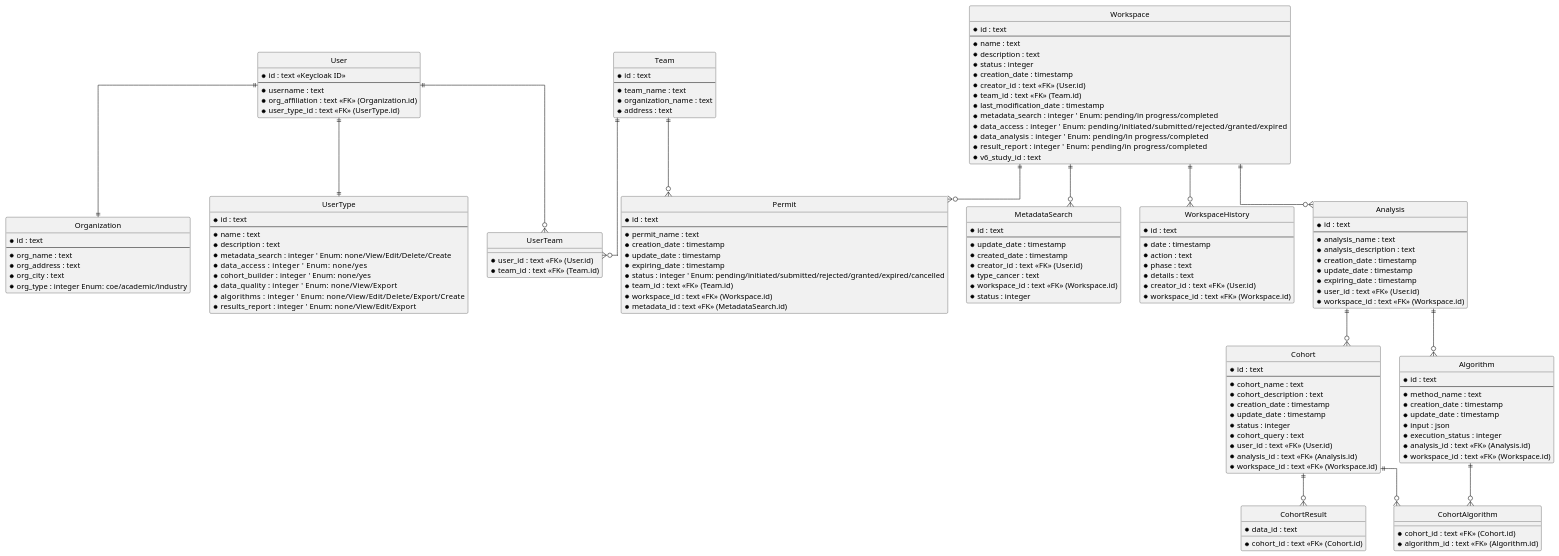
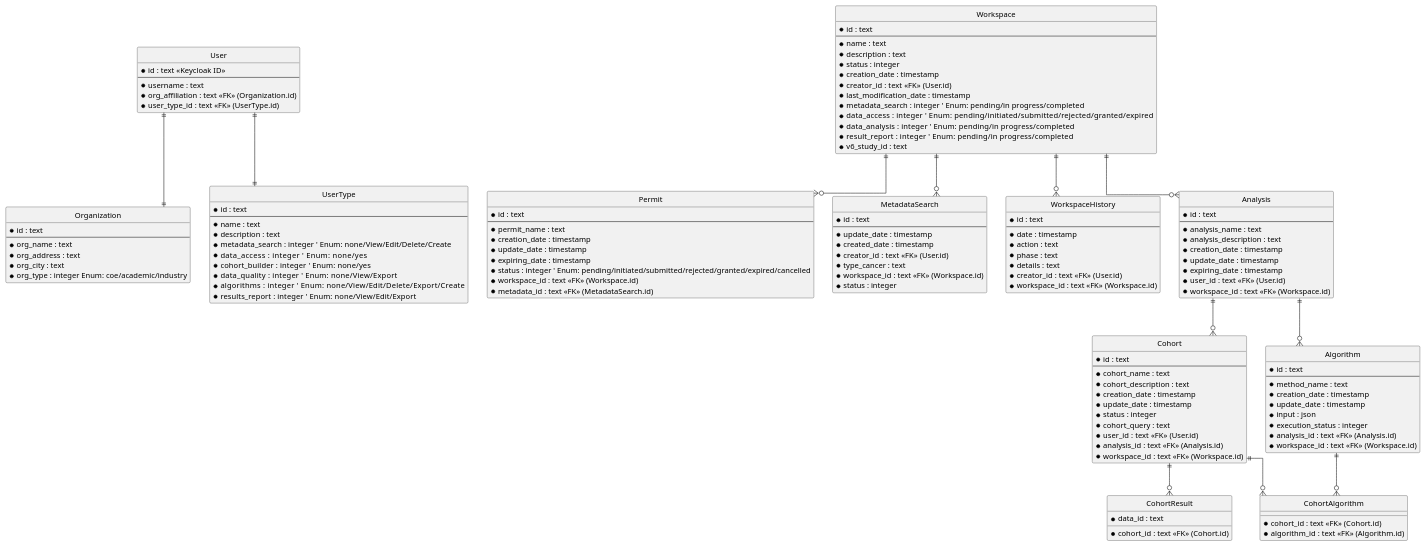
One commit to IDEA4RC/raven-database-model changed the diagram in model.plantuml. Above: the diagram before and after it, drawn with PlantUML. The commit also changed 4 other files, not shown here.

```diff
--- a/model.plantuml
+++ b/model.plantuml
@@ -1,166 +1,148 @@
 @startuml RavenDB
 
 hide circle
 skinparam linetype ortho
 
 ' ---- Entities ----
 entity User {
     * id : text <<Keycloak ID>>
     --
     * username : text
     * org_affiliation : text <<FK>> (Organization.id)
     * user_type_id : text <<FK>> (UserType.id)
-}
-
-entity Team {
-    * id : text
-    --
-    * team_name : text
-    * organization_name : text
-    * address : text
-}
-
-entity UserTeam {
-    * user_id : text <<FK>> (User.id)
-    * team_id : text <<FK>> (Team.id)
 }
 
 entity Organization {
     * id : text
     --
     * org_name : text
     * org_address : text
     * org_city : text
     * org_type : integer Enum: coe/academic/industry
 }
 
 entity UserType {
     * id : text
     --
     * name : text
     * description : text
     * metadata_search : integer  ' Enum: none/View/Edit/Delete/Create
     * data_access : integer      ' Enum: none/yes
     * cohort_builder : integer   ' Enum: none/yes
     * data_quality : integer     ' Enum: none/View/Export
     * algorithms : integer       ' Enum: none/View/Edit/Delete/Export/Create
     * results_report : integer   ' Enum: none/View/Edit/Export
 }
 
 entity Workspace {
     * id : text
     --
     * name : text
     * description : text
     * status : integer
     * creation_date : timestamp
     * creator_id : text <<FK>> (User.id)
-    * team_id : text <<FK>> (Team.id)
     * last_modification_date : timestamp
     * metadata_search : integer  ' Enum: pending/in progress/completed
     * data_access : integer      ' Enum: pending/initiated/submitted/rejected/granted/expired
     * data_analysis : integer    ' Enum: pending/in progress/completed
     * result_report : integer    ' Enum: pending/in progress/completed
     * v6_study_id : text
 }
 
 entity Permit {
     * id : text
     --
     * permit_name : text
     * creation_date : timestamp
     * update_date : timestamp
     * expiring_date : timestamp
     * status : integer ' Enum: pending/initiated/submitted/rejected/granted/expired/cancelled
-    * team_id : text <<FK>> (Team.id)
     * workspace_id : text <<FK>> (Workspace.id)
     * metadata_id : text <<FK>> (MetadataSearch.id)
 }
 
 entity MetadataSearch {
     * id : text
     --
     * update_date : timestamp
     * created_date : timestamp
     * creator_id : text <<FK>> (User.id)
     * type_cancer : text
     * workspace_id : text <<FK>> (Workspace.id)
     * status : integer
 }
 
 entity WorkspaceHistory {
     * id : text
     --
     * date : timestamp
     * action : text
     * phase : text
     * details : text
     * creator_id : text <<FK>> (User.id)
     * workspace_id : text <<FK>> (Workspace.id)
 }
 
 entity Analysis {
     * id : text
     --
     * analysis_name : text
     * analysis_description : text
     * creation_date : timestamp
     * update_date : timestamp
     * expiring_date : timestamp
     * user_id : text <<FK>> (User.id)
     * workspace_id : text <<FK>> (Workspace.id)
 }
 
 entity Cohort {
     * id : text
     --
     * cohort_name : text
     * cohort_description : text
     * creation_date : timestamp
     * update_date : timestamp
     * status : integer
     * cohort_query : text
     * user_id : text <<FK>> (User.id)
     * analysis_id : text <<FK>> (Analysis.id)
     * workspace_id : text <<FK>> (Workspace.id)
 }
 
 entity CohortResult {
     * cohort_id : text <<FK>> (Cohort.id)
     * data_id : text
 }
 
 entity Algorithm {
     * id : text
     --
     * method_name : text
     * creation_date : timestamp
     * update_date : timestamp
     * input : json
     * execution_status : integer
     * analysis_id : text <<FK>> (Analysis.id)
     * workspace_id : text <<FK>> (Workspace.id)
 }
 
 entity CohortAlgorithm {
     * cohort_id : text <<FK>> (Cohort.id)
     * algorithm_id : text <<FK>> (Algorithm.id)
 }
 
 ' ---- Relationships ----
 User ||--|| UserType
 User ||--|| Organization
-User ||--o{ UserTeam
-Team ||--o{ UserTeam
-Team ||--o{ Permit
 Workspace ||--o{ Analysis
 Workspace ||--o{ WorkspaceHistory
 Workspace ||--o{ Permit
 Workspace ||--o{ MetadataSearch
 Analysis ||--o{ Cohort
 Analysis ||--o{ Algorithm
 Cohort ||--o{ CohortResult
 Cohort ||--o{ CohortAlgorithm
 Algorithm ||--o{ CohortAlgorithm
 
 @enduml
```
